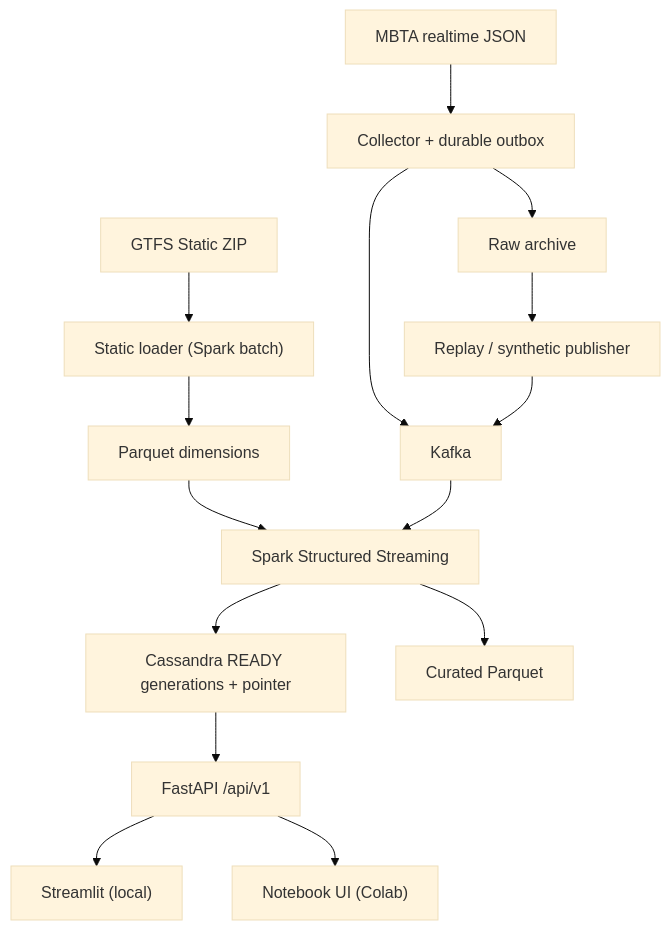
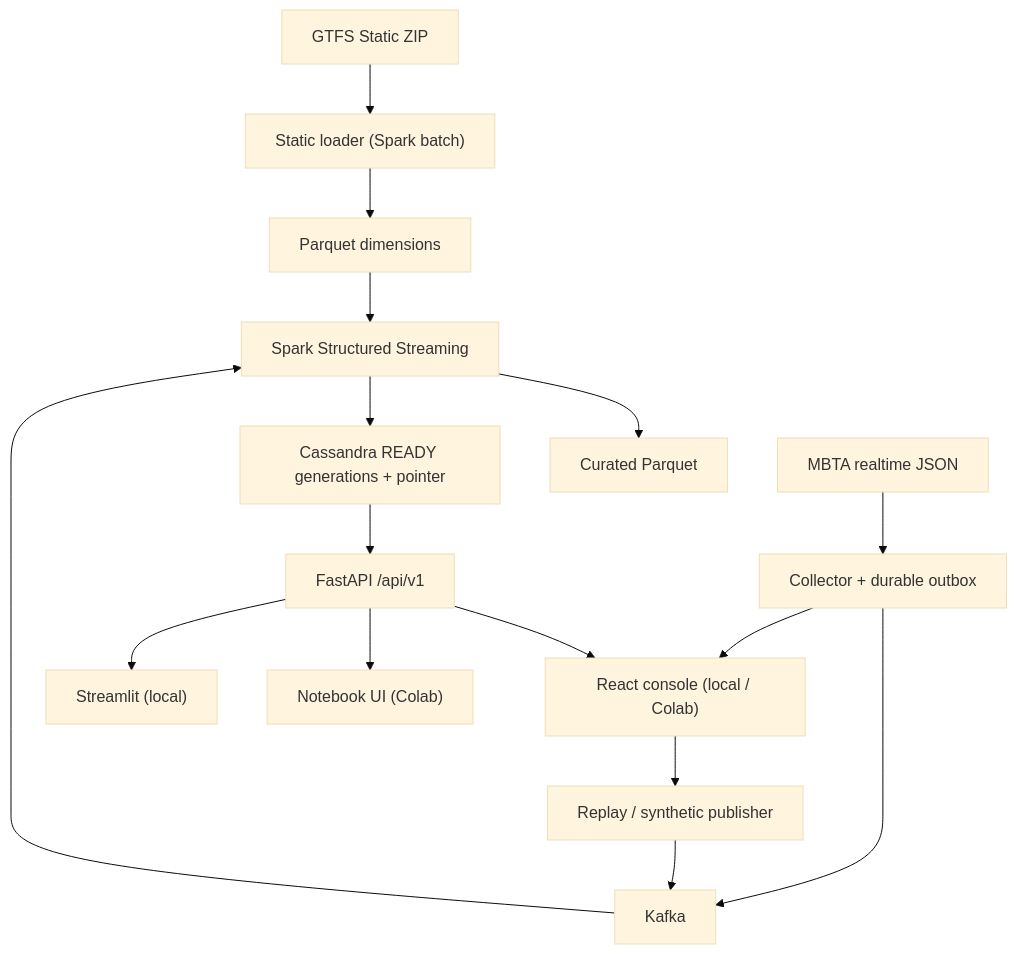
One commit to nqMinh-GR/de_btl changed the diagram in README.md. Above: the diagram before and after it, drawn with Mermaid (base theme). The commit also changed other lines of this file and 42 other files, not shown here.

````diff
--- a/README.md
+++ b/README.md
@@ -42,17 +42,18 @@
 ```mermaid
 flowchart TD
   G["GTFS Static ZIP"] --> L["Static loader (Spark batch)"]
   L --> D["Parquet dimensions"]
   F["MBTA realtime JSON"] --> C["Collector + durable outbox"]
   C --> R["Raw archive"]
   R --> P["Replay / synthetic publisher"]
   C --> K["Kafka"]
   P --> K
   D --> S["Spark Structured Streaming"]
   K --> S
   S --> DB["Cassandra READY generations + pointer"]
   S --> H["Curated Parquet"]
   DB --> A["FastAPI /api/v1"]
   A --> U["Streamlit (local)"]
+  A --> R["React console (local / Colab)"]
   A --> N["Notebook UI (Colab)"]
 ```
````
